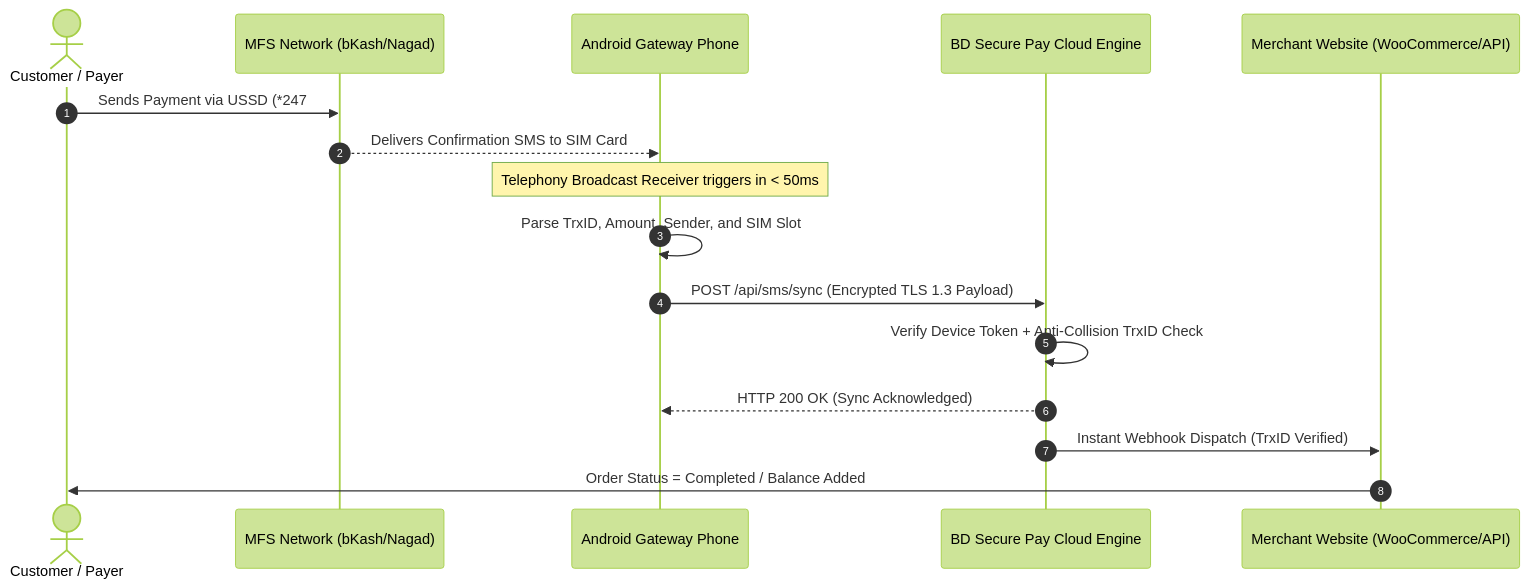
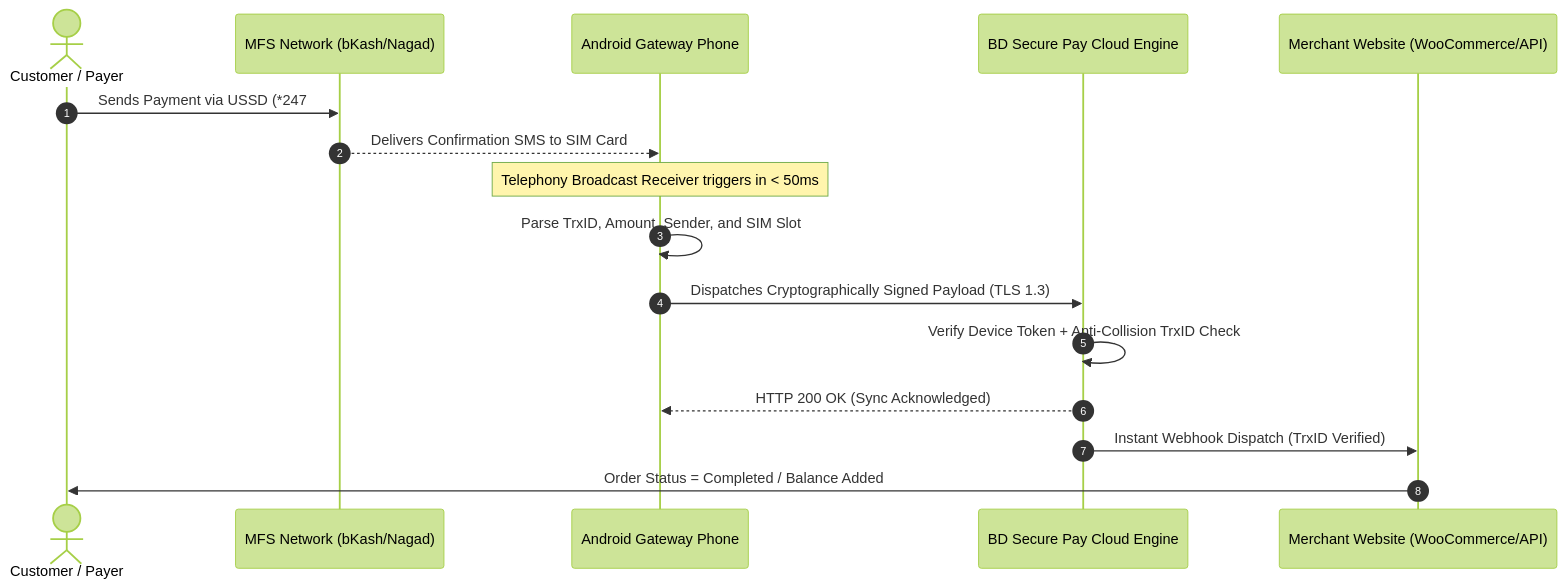
One commit to bdhostorg/bdsecurepay changed the second of 2 diagrams in README.md. Above: the diagram before and after it, drawn with Mermaid (forest theme). The commit also changed other lines of this file, not shown here.

````diff
--- a/README.md
+++ b/README.md
@@ -128,19 +180,19 @@
 ```mermaid
 sequenceDiagram
     autonumber
     actor Customer as Customer / Payer
     participant MFS as MFS Network (bKash/Nagad)
     participant Device as Android Gateway Phone
     participant Cloud as BD Secure Pay Cloud Engine
     participant Merchant as Merchant Website (WooCommerce/API)
 
     Customer->>MFS: Sends Payment via USSD (*247# / *167#) or Mobile App
     MFS-->>Device: Delivers Confirmation SMS to SIM Card
     Note over Device: Telephony Broadcast Receiver triggers in < 50ms
     Device->>Device: Parse TrxID, Amount, Sender, and SIM Slot
-    Device->>Cloud: POST /api/sms/sync (Encrypted TLS 1.3 Payload)
+    Device->>Cloud: Dispatches Cryptographically Signed Payload (TLS 1.3)
     Cloud->>Cloud: Verify Device Token + Anti-Collision TrxID Check
     Cloud-->>Device: HTTP 200 OK (Sync Acknowledged)
     Cloud->>Merchant: Instant Webhook Dispatch (TrxID Verified)
     Merchant->>Customer: Order Status = Completed / Balance Added
 ```
````
